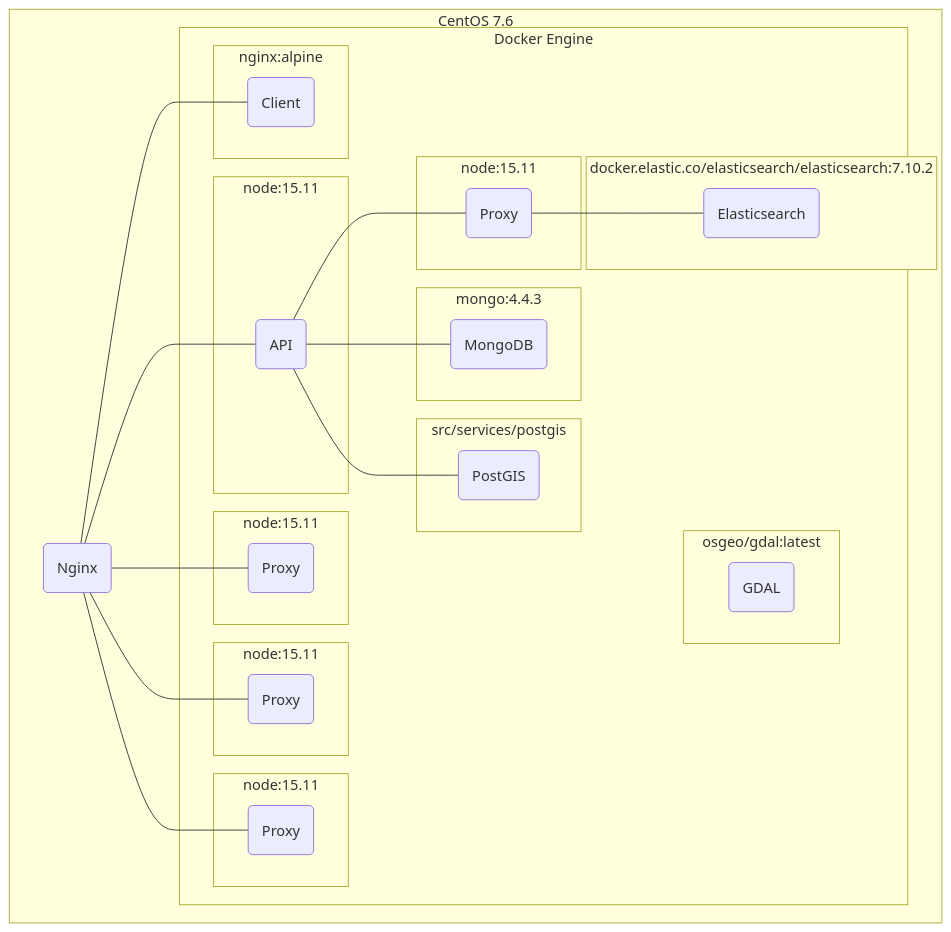
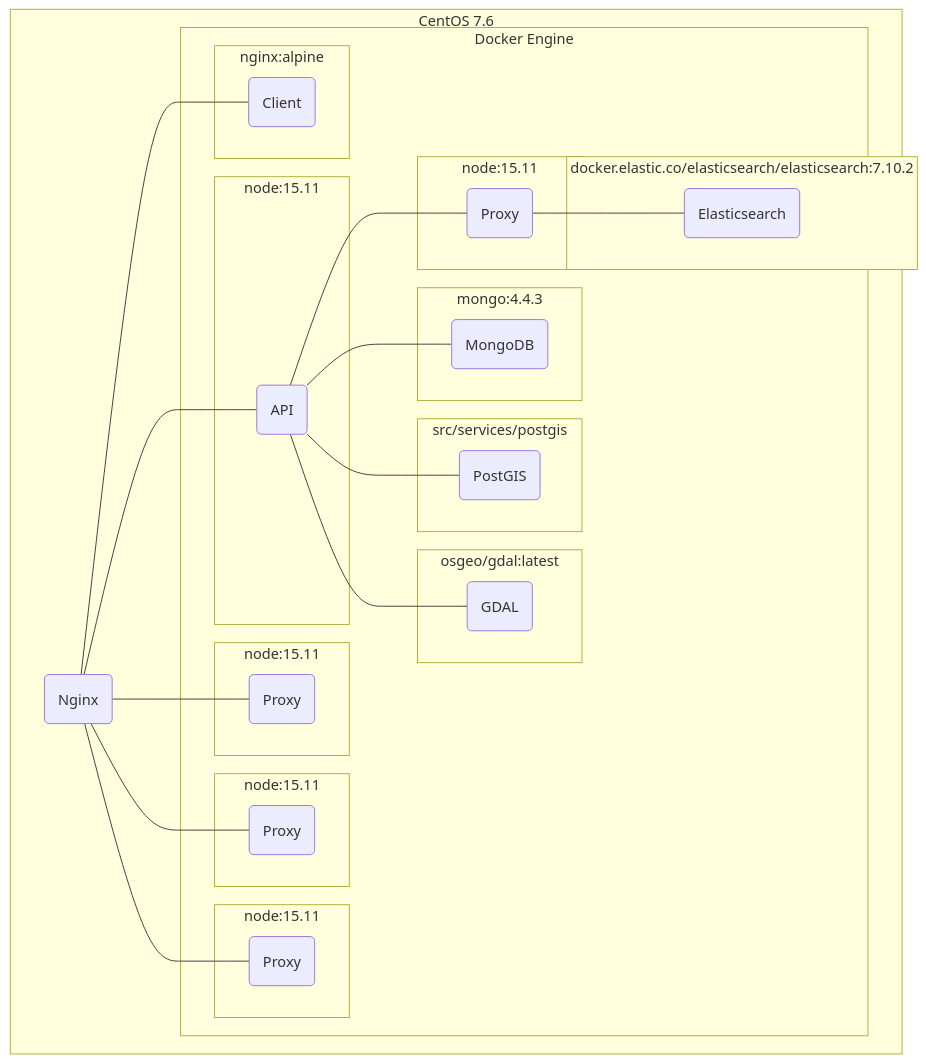
The diagram in diagrams/src/physical-view.mmd (SAEON/data-portal), drawn with Mermaid before and after one commit. The commit also changed 2 other files, not shown here.

Commit message:
Settled on reasonable layout for physical-view using mermaid. seems quite good

```diff
--- a/diagrams/src/physical-view.mmd
+++ b/diagrams/src/physical-view.mmd
@@ -1,53 +1,57 @@
-graph TD
+graph 
 
     %% CentOS boundary
     subgraph CentOS_boundary ["CentOS 7.6"]
 
         Nginx(Nginx) --- Client
         Nginx --- ClientProxy1
         Nginx --- ClientProxy2
         Nginx --- ClientProxy3
         Nginx --- API
 
         %% Docker Engine boundary
         subgraph Docker_boundary ["Docker Engine"]
 
             %% Docker container boundaries
             subgraph 1 ["nginx:alpine"]
                 Client(Client)
             end
             subgraph 2 ["node:15.11"]
                 API(API)
             end
             subgraph 3a ["node:15.11"]
                 ClientProxy1(Proxy)
             end     
             subgraph 3b ["node:15.11"]
                 ClientProxy2(Proxy)
             end     
             subgraph 3c ["node:15.11"]
                 ClientProxy3(Proxy)
             end                     
             subgraph 4 ["node:15.11"]
                 ApiProxy(Proxy)
             end
             subgraph 5 ["docker.elastic.co/elasticsearch/elasticsearch:7.10.2"]
                 Elasticsearch(Elasticsearch)
             end     
             subgraph 6 ["mongo:4.4.3"]
                 Mongo(MongoDB)
             end    
             subgraph 7 ["src/services/postgis"]
                 PostGIS(PostGIS)
             end
             subgraph 8 ["osgeo/gdal:latest"]
                 GDAL(GDAL)
-            end                                          
+            end
 
             %% Topology
             API --- ApiProxy
-            ApiProxy --- Elasticsearch
             API --- Mongo
             API --- PostGIS
+            API --- GDAL
+            ApiProxy --- Elasticsearch
+
         end
+
+  
     end
```
